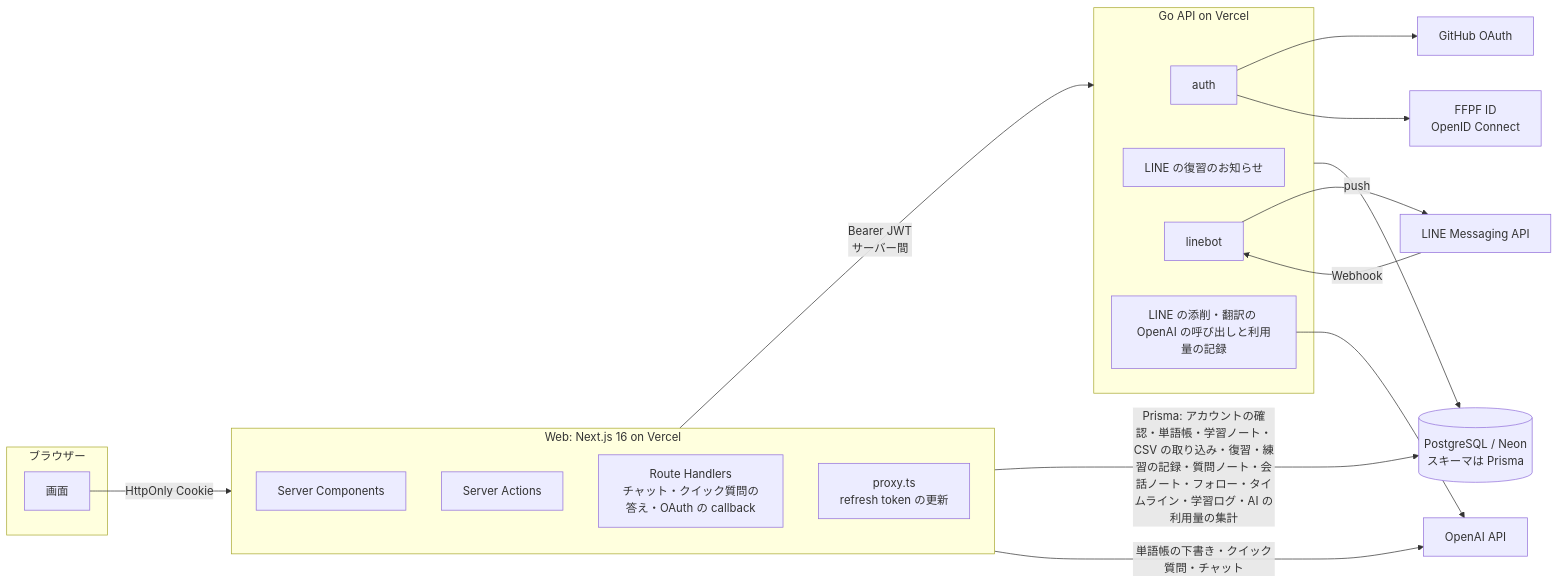
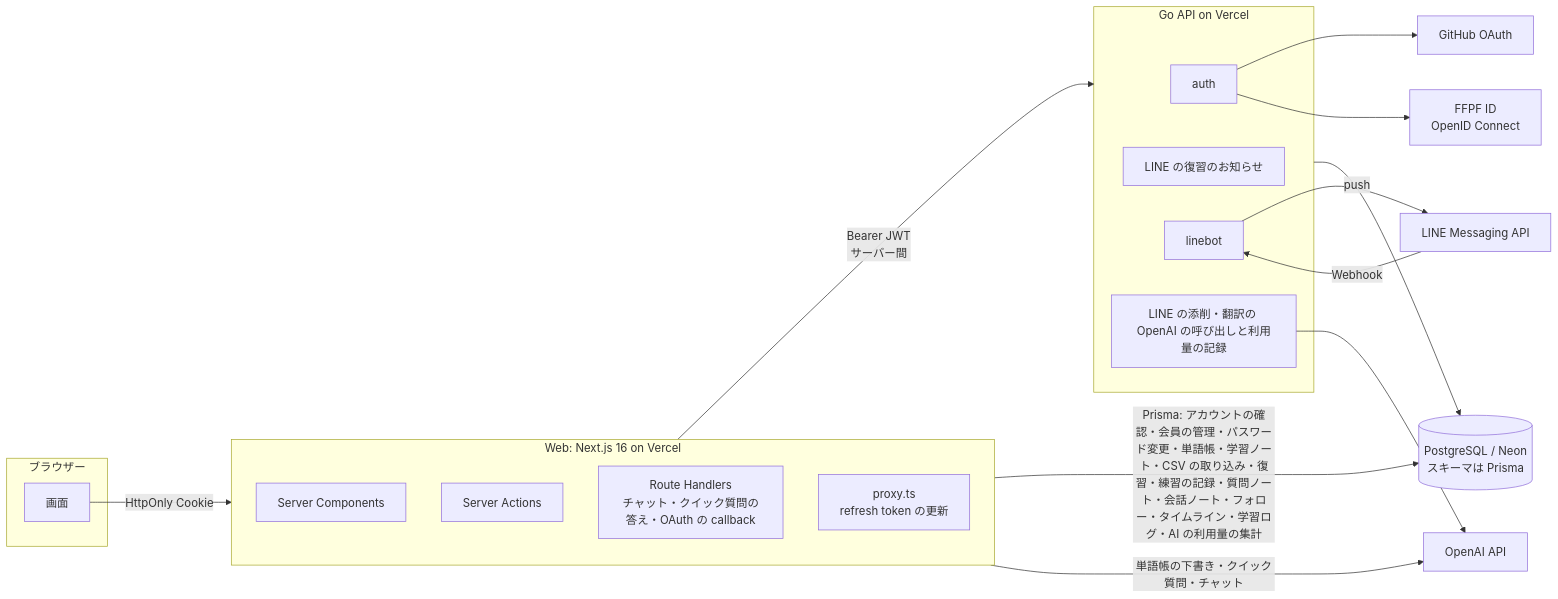
One commit to Sparklingstadt/ffpf-zhuelog changed the first of 2 diagrams in docs/architecture.md. Above: the diagram before and after it, drawn with Mermaid. The commit also changed other lines of this file and 8 other files, not shown here.

````diff
--- a/docs/architecture.md
+++ b/docs/architecture.md
@@ -7,34 +7,34 @@
 ```mermaid
 flowchart LR
   subgraph Browser[ブラウザー]
     UI[画面]
   end
   subgraph Web[Web: Next.js 16 on Vercel]
     RSC[Server Components]
     SA[Server Actions]
     RH[Route Handlers<br/>チャット・クイック質問の答え・OAuth の callback]
     PX[proxy.ts<br/>refresh token の更新]
   end
   subgraph API[Go API on Vercel]
     AUTH[auth]
     DATA[LINE の復習のお知らせ]
     LINEBOT[linebot]
     AI[LINE の添削・翻訳の OpenAI の呼び出しと利用量の記録]
   end
   DB[(PostgreSQL / Neon<br/>スキーマは Prisma)]
   OpenAI[OpenAI API]
   LINE[LINE Messaging API]
   GH[GitHub OAuth]
   FFPF[FFPF ID<br/>OpenID Connect]
 
   UI -->|HttpOnly Cookie| Web
   Web -->|Bearer JWT<br/>サーバー間| API
   API --> DB
-  Web -->|Prisma: アカウントの確認・単語帳・学習ノート・CSV の取り込み・復習・練習の記録・質問ノート・会話ノート・フォロー・タイムライン・学習ログ・AI の利用量の集計| DB
+  Web -->|Prisma: アカウントの確認・会員の管理・パスワード変更・単語帳・学習ノート・CSV の取り込み・復習・練習の記録・質問ノート・会話ノート・フォロー・タイムライン・学習ログ・AI の利用量の集計| DB
   Web -->|単語帳の下書き・クイック質問・チャット| OpenAI
   AI --> OpenAI
   LINE -->|Webhook| LINEBOT
   LINEBOT -->|push| LINE
   AUTH --> GH
   AUTH --> FFPF
 ```
````
